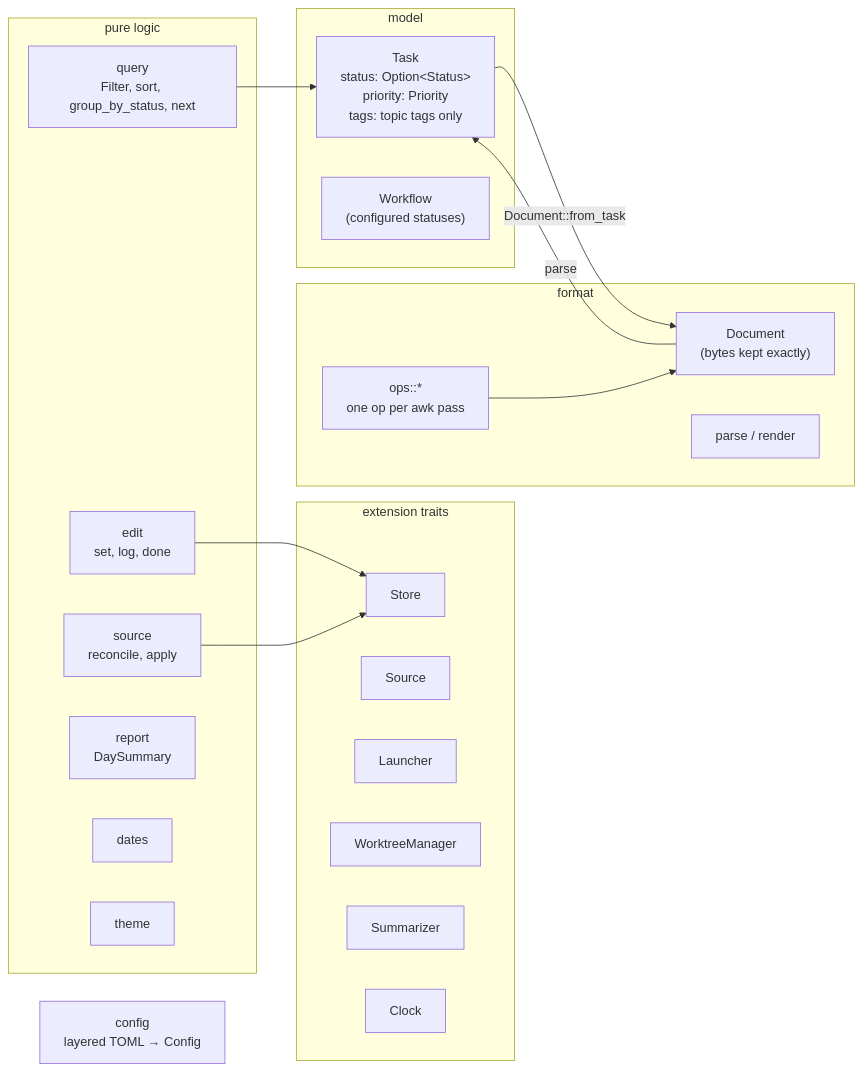
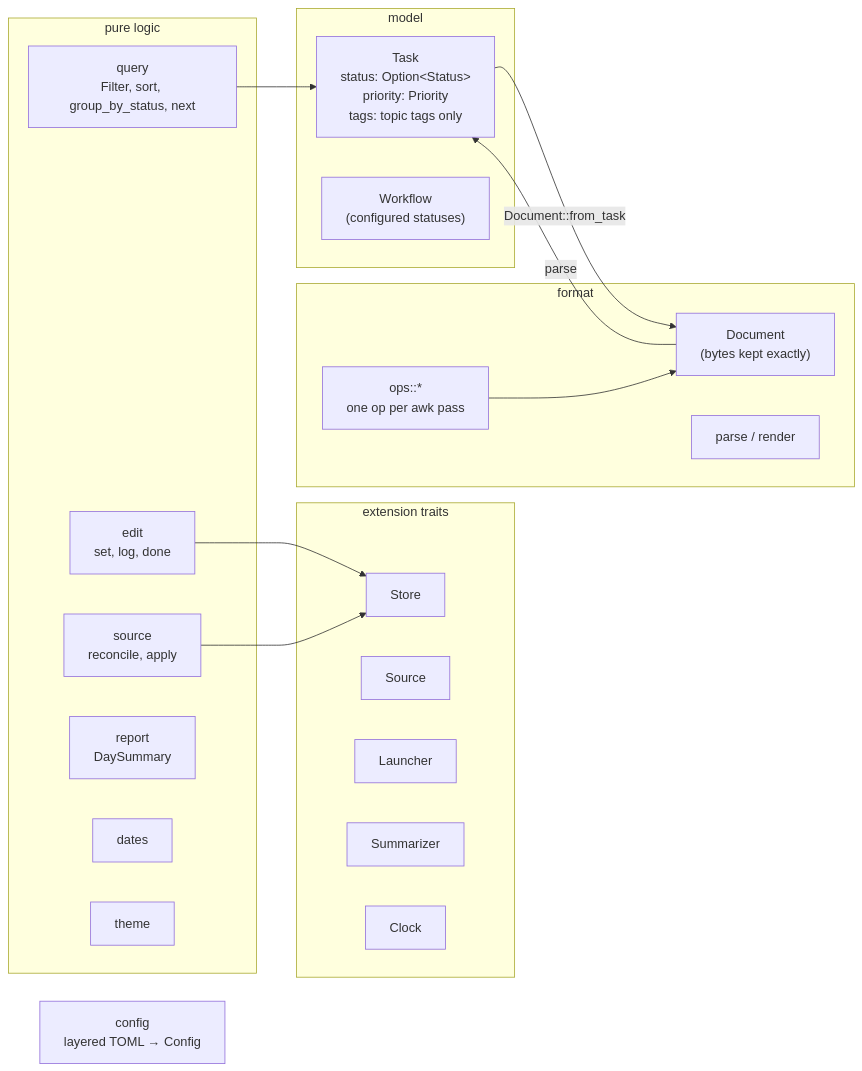
The second of 7 diagrams in docs/architecture.md (pauc/tasq), drawn with Mermaid before and after one commit. The commit also changed other lines of this file and 22 other files, not shown here.

````diff
--- a/docs/architecture.md
+++ b/docs/architecture.md
@@ -56,40 +59,39 @@
 ```mermaid
 flowchart LR
     subgraph model["model"]
         Task["Task<br/>status: Option&lt;Status&gt;<br/>priority: Priority<br/>tags: topic tags only"]
         Workflow["Workflow<br/>(configured statuses)"]
     end
 
     subgraph format["format"]
         Document["Document<br/>(bytes kept exactly)"]
         ops["ops::*<br/>one op per awk pass"]
         parse["parse / render"]
     end
 
     subgraph logic["pure logic"]
         query["query<br/>Filter, sort, group_by_status, next"]
         edit["edit<br/>set, log, done"]
         source["source<br/>reconcile, apply"]
         report["report<br/>DaySummary"]
         dates["dates"]
         theme["theme"]
     end
 
     subgraph traits["extension traits"]
         Store["Store"]
         Source["Source"]
         Launcher["Launcher"]
-        WM["WorktreeManager"]
         Summ["Summarizer"]
         Clock["Clock"]
     end
 
     config["config<br/>layered TOML → Config"]
 
     Document -- "parse" --> Task
     Task -- "Document::from_task" --> Document
     ops --> Document
     edit --> Store
     source --> Store
     query --> Task
 ```
````
